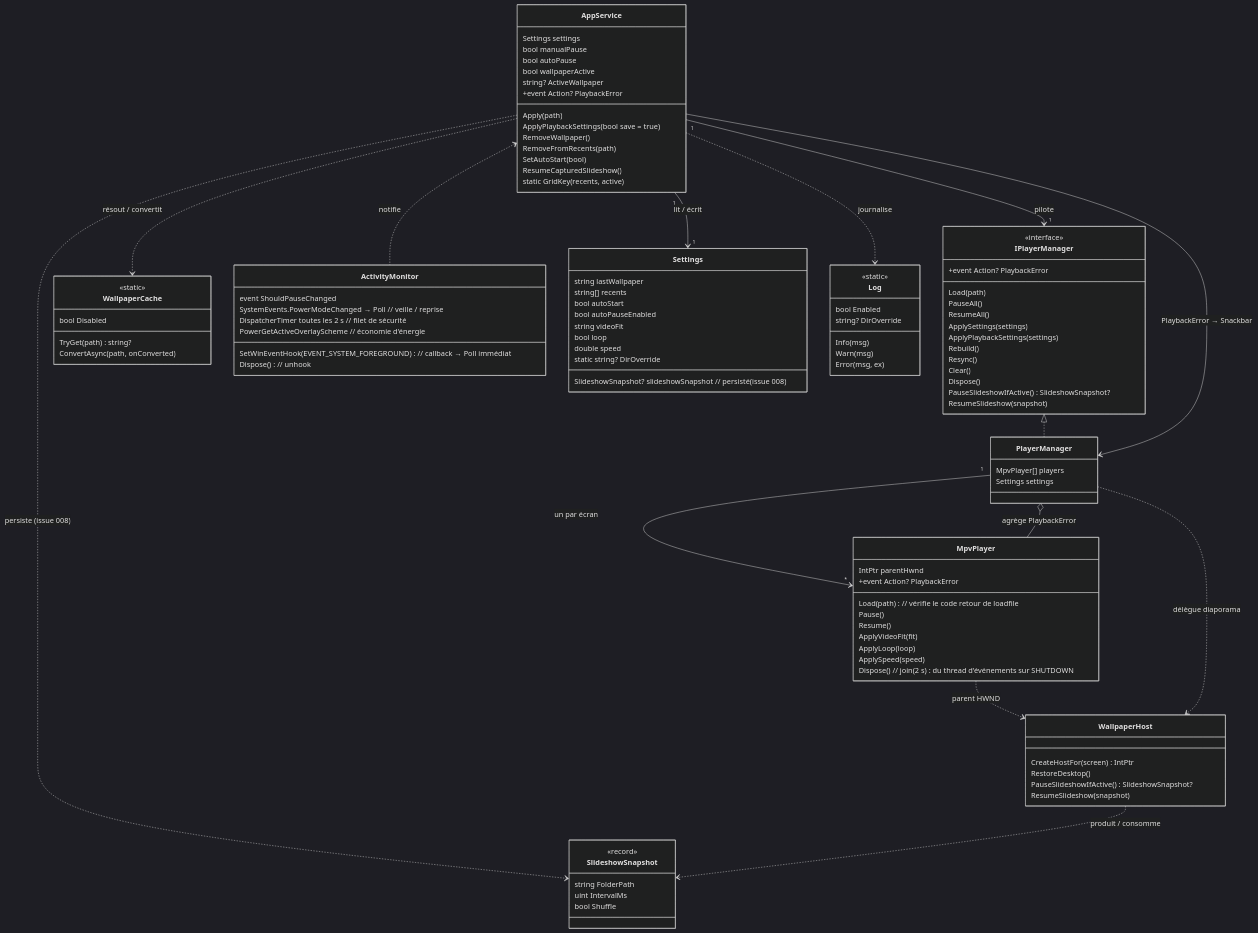
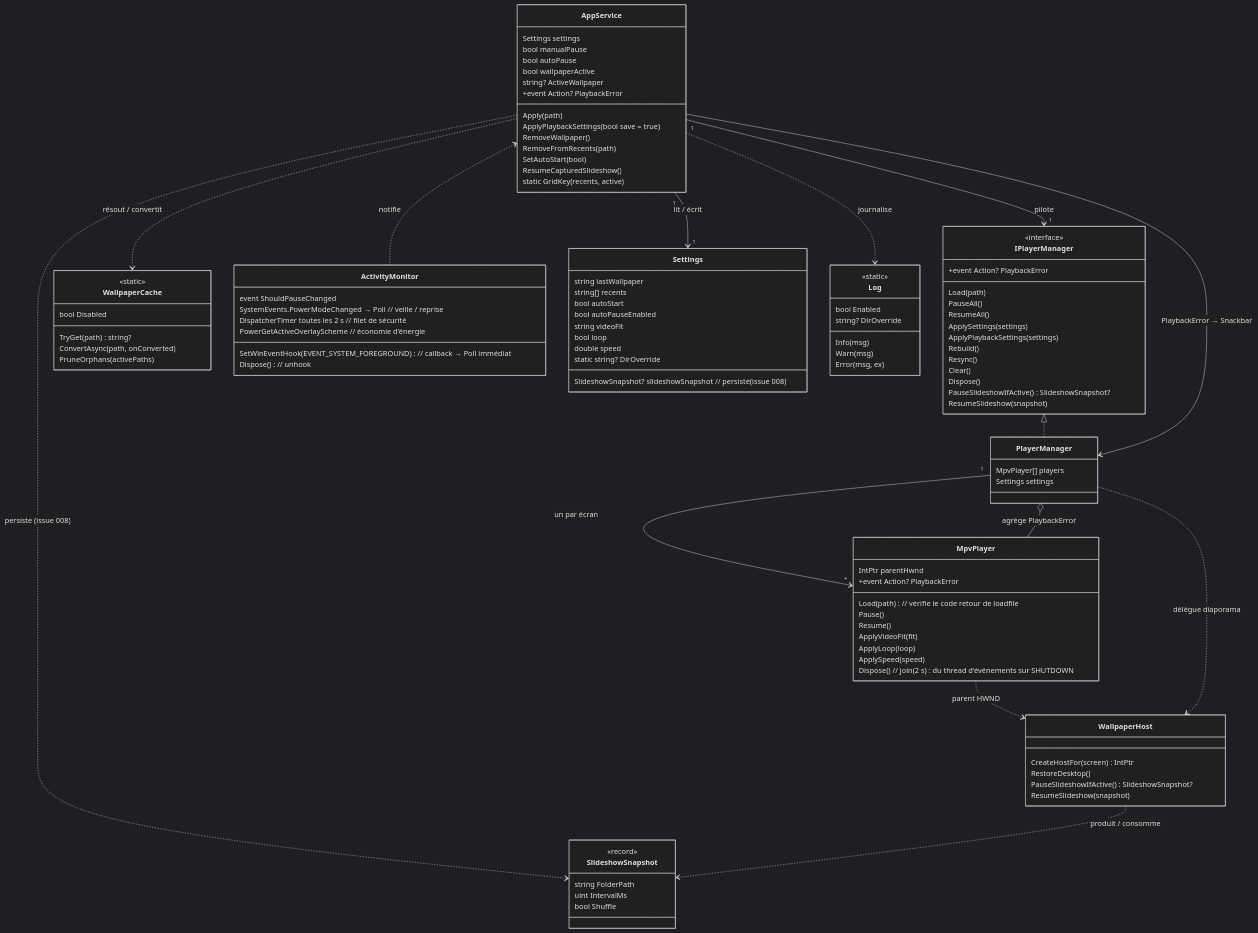
The first of 5 diagrams in docs/ARCHITECTURE-TECHNIQUE.md (KevinT78/wallflow), drawn with Mermaid (dark theme) before and after one commit. The commit also changed other lines of this file and 8 other files, not shown here.

```diff
--- a/docs/ARCHITECTURE-TECHNIQUE.md
+++ b/docs/ARCHITECTURE-TECHNIQUE.md
@@ -116,6 +116,7 @@
         bool Disabled
         TryGet(path) string?
         ConvertAsync(path, onConverted)
+        PruneOrphans(activePaths)
     }
     class ActivityMonitor {
         event ShouldPauseChanged
```
